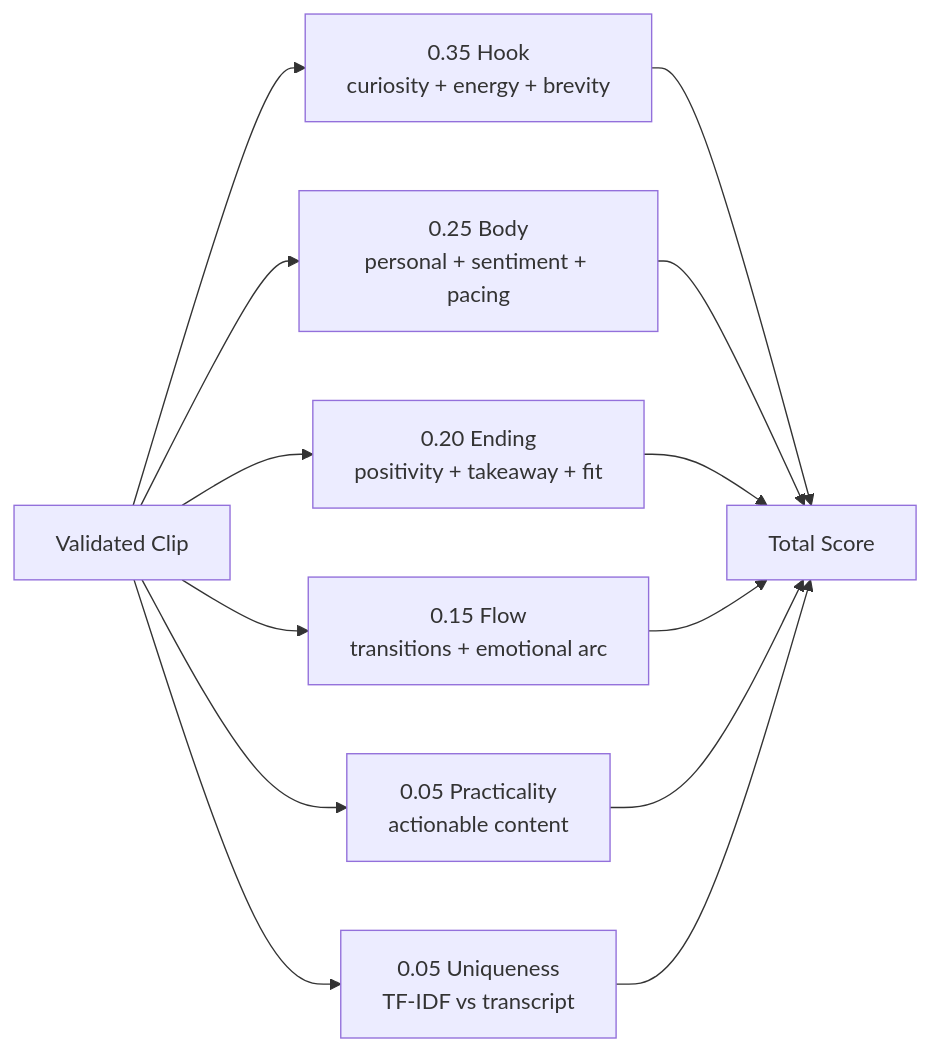
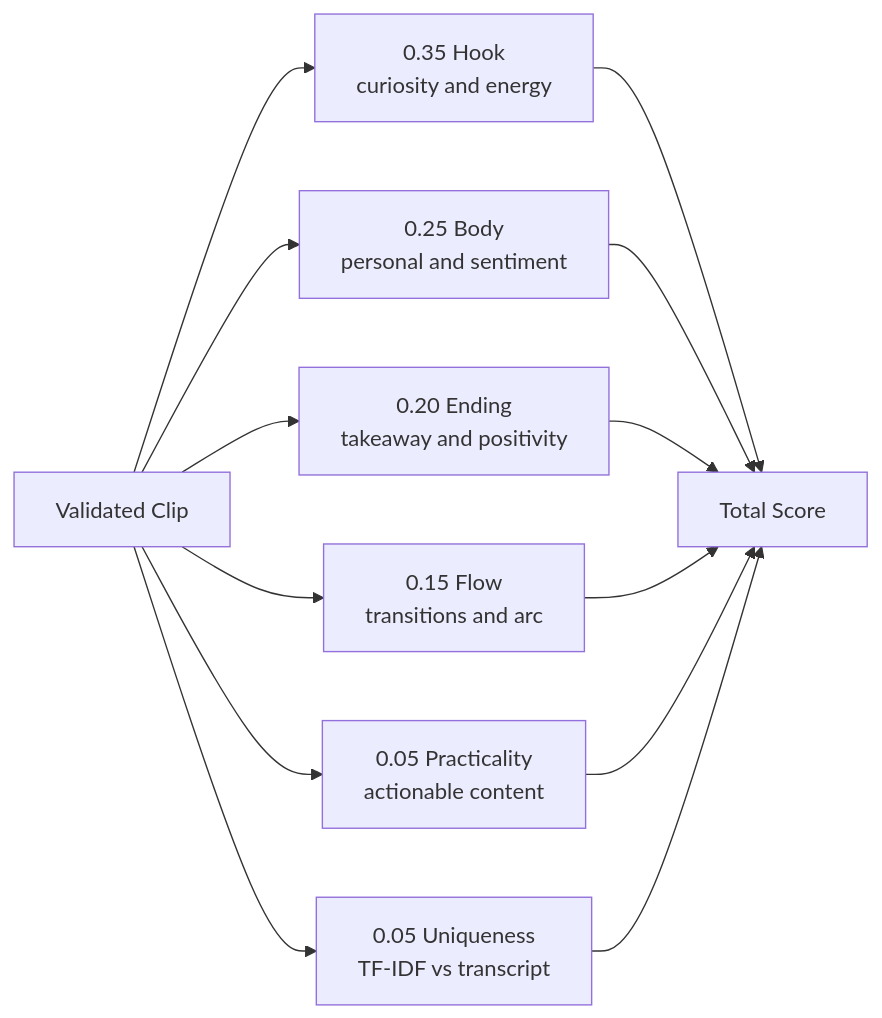
One commit to samm329-ui/Trimora changed the ninth of 24 diagrams in README.md. Above: the diagram before and after it, drawn with Mermaid. The commit also changed other lines of this file, not shown here.

Commit message:
docs: comprehensive README with Mermaid diagrams for the engine pipeline

````diff
--- a/README.md
+++ b/README.md
@@ -270,10 +292,15 @@
 ```mermaid
 flowchart LR
-    CLIP[Validated Clip] --> H[0.35 Hook<br/>curiosity + energy + brevity]
-    CLIP --> B[0.25 Body<br/>personal + sentiment + pacing]
-    CLIP --> E[0.20 Ending<br/>positivity + takeaway + fit]
-    CLIP --> F[0.15 Flow<br/>transitions + emotional arc]
-    CLIP --> P[0.05 Practicality<br/>actionable content]
+    CLIP[Validated Clip] --> H[0.35 Hook<br/>curiosity and energy]
+    CLIP --> B[0.25 Body<br/>personal and sentiment]
+    CLIP --> E[0.20 Ending<br/>takeaway and positivity]
+    CLIP --> F[0.15 Flow<br/>transitions and arc]
+    CLIP --> P2[0.05 Practicality<br/>actionable content]
     CLIP --> U[0.05 Uniqueness<br/>TF-IDF vs transcript]
-    H & B & E & F & P & U --> TOTAL[Total Score]
+    H --> TOTAL[Total Score]
+    B --> TOTAL
+    E --> TOTAL
+    F --> TOTAL
+    P2 --> TOTAL
+    U --> TOTAL
 ```
````
